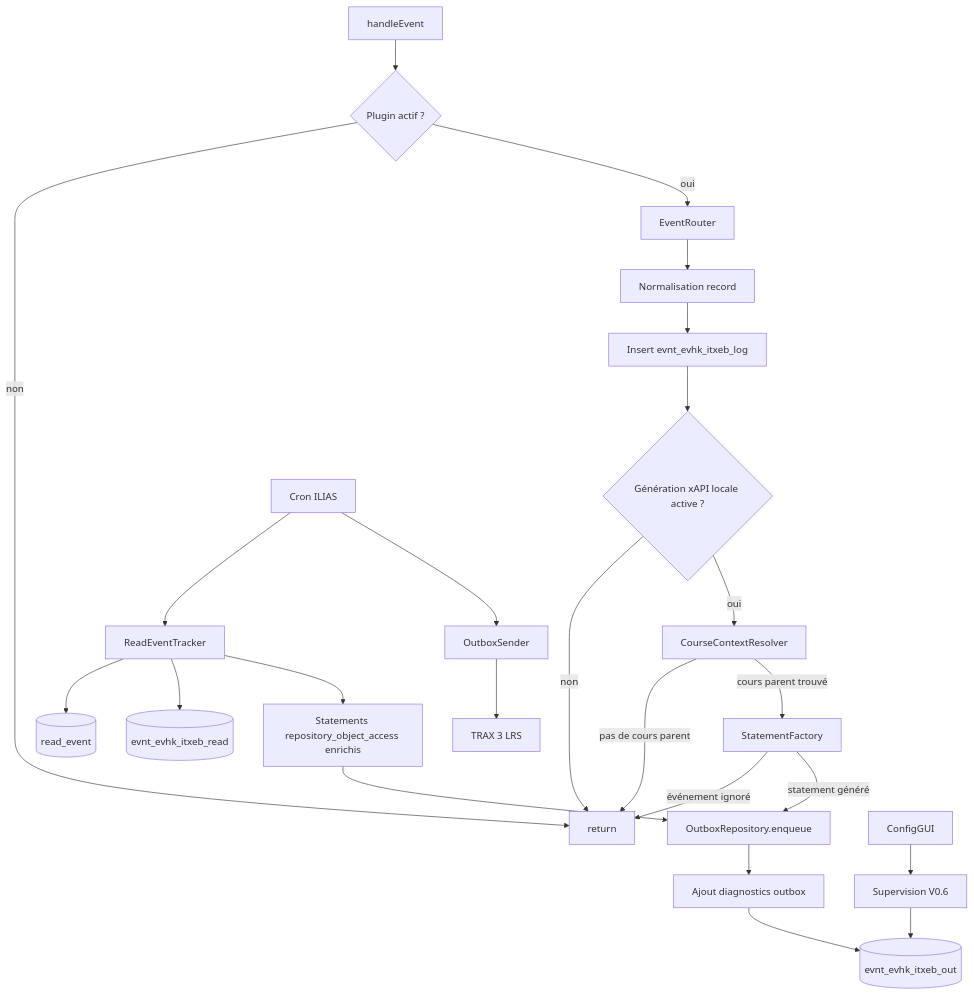
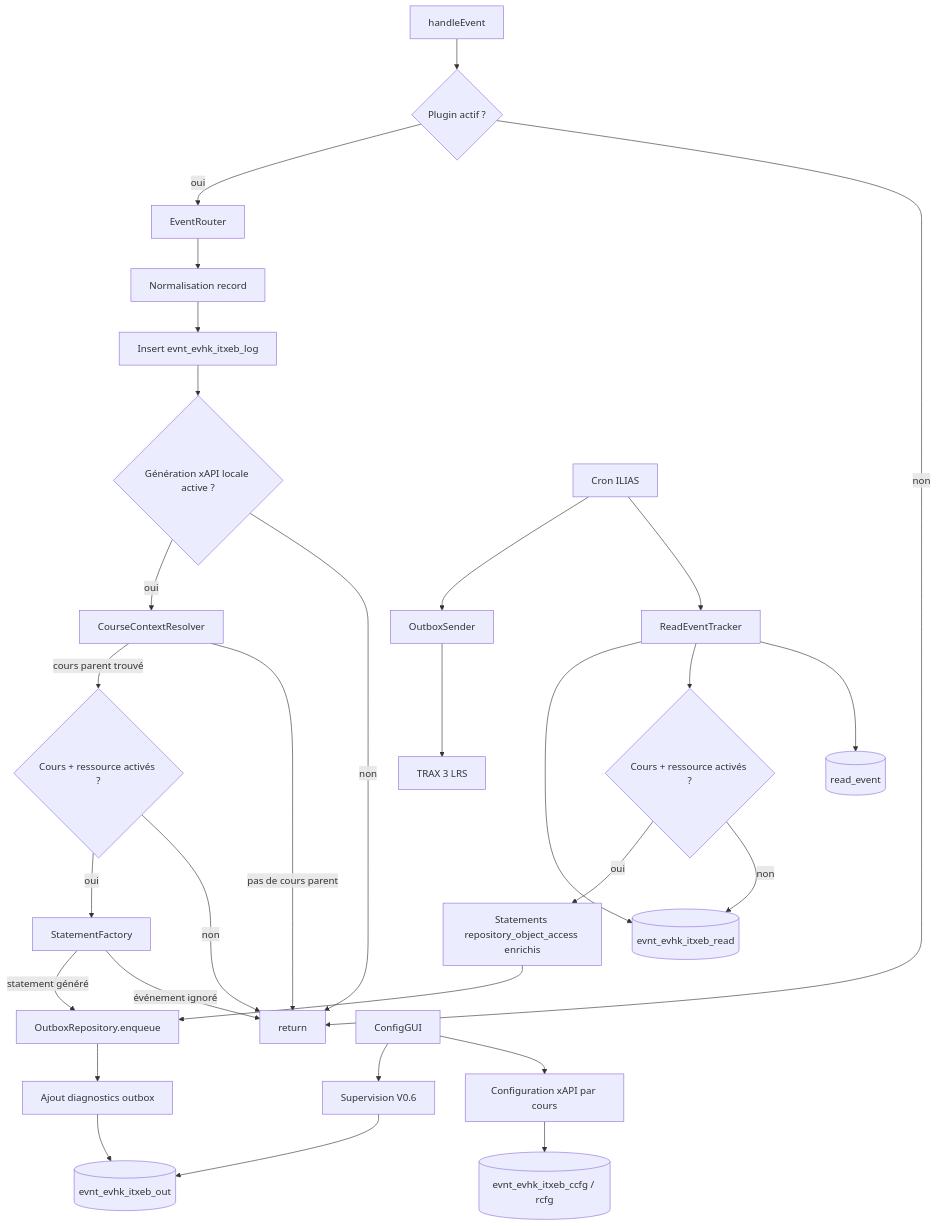
Before and after one commit to vincent-sayah/IliasTraxEventBridge: the diagram in README_TECHNIQUE.md, drawn with Mermaid. The commit also changed other lines of this file, not shown here.

Commit message:
docs: align technical readme with v0.7 filtering architecture

````diff
--- a/README_TECHNIQUE.md
+++ b/README_TECHNIQUE.md
@@ -141,30 +170,36 @@
 ```mermaid
 flowchart TD
     H[handleEvent] --> C{Plugin actif ?}
     C -->|non| END[return]
     C -->|oui| R[EventRouter]
 
     R --> N[Normalisation record]
     N --> L[Insert evnt_evhk_itxeb_log]
     L --> G{Génération xAPI locale active ?}
     G -->|non| END
     G -->|oui| CRS[CourseContextResolver]
     CRS -->|pas de cours parent| END
-    CRS -->|cours parent trouvé| F[StatementFactory]
+    CRS -->|cours parent trouvé| CFG{Cours + ressource activés ?}
+    CFG -->|non| END
+    CFG -->|oui| F[StatementFactory]
 
     F -->|événement ignoré| END
     F -->|statement généré| O[OutboxRepository.enqueue]
     O --> DX[Ajout diagnostics outbox]
     DX --> DB[(evnt_evhk_itxeb_out)]
 
     CRON[Cron ILIAS] --> READ[ReadEventTracker]
     READ --> READDB[(read_event)]
-    READ --> DEDUP[(evnt_evhk_itxeb_read)]
-    READ --> OUT[Statements repository_object_access enrichis]
+    READ --> CFGREAD{Cours + ressource activés ?}
+    CFGREAD -->|non| DEDUP[(evnt_evhk_itxeb_read)]
+    CFGREAD -->|oui| OUT[Statements repository_object_access enrichis]
     OUT --> O
+    READ --> DEDUP
     CRON --> SEND[OutboxSender]
     SEND --> TRAX[TRAX 3 LRS]
 
-    ADMIN[ConfigGUI] --> SUP[Supervision V0.6]
+    ADMIN[ConfigGUI] --> CCFG[Configuration xAPI par cours]
+    CCFG --> TCFG[(evnt_evhk_itxeb_ccfg / rcfg)]
+    ADMIN --> SUP[Supervision V0.6]
     SUP --> DB
 ```
````
